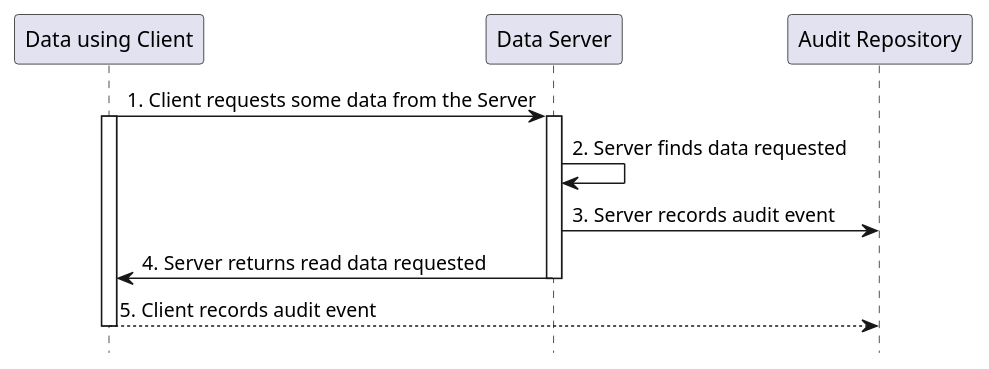
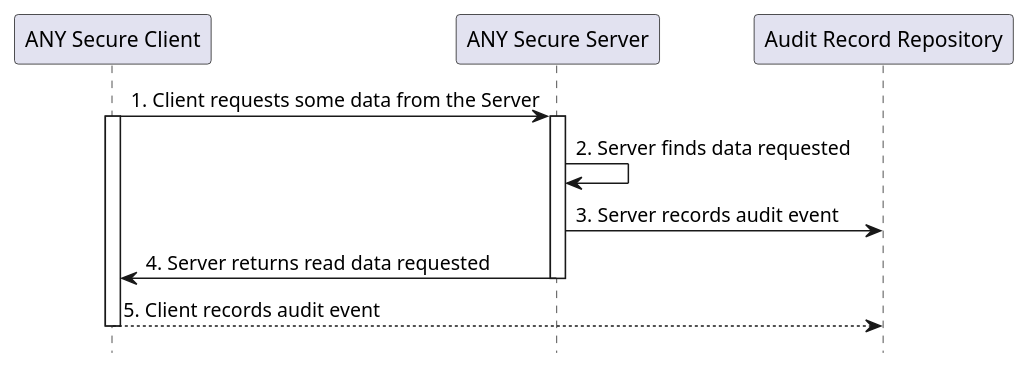
The diagram in input/images-source/usecase1-processflow.plantuml (IHE/ITI.BasicAudit), drawn with PlantUML before and after one commit. The commit also changed 9 other files, not shown here.

```diff
--- a/input/images-source/usecase1-processflow.plantuml
+++ b/input/images-source/usecase1-processflow.plantuml
@@ -1,16 +1,16 @@
 @startuml
 hide footbox
 
-participant "Data using Client" as Client
-participant "Data Server" as Server
-participant "Audit Repository" as AuditRepository
+participant "ANY Secure Client" as Client
+participant "ANY Secure Server" as Server
+participant "Audit Record Repository" as AuditRepository
 Client -> Server : 1. Client requests some data from the Server
 activate Server
 activate Client
 Server -> Server : 2. Server finds data requested
 Server -> AuditRepository : 3. Server records audit event
 Server -> Client : 4. Server returns read data requested
 deactivate Server
 Client --> AuditRepository : 5. Client records audit event
 deactivate Client
 @enduml
```
